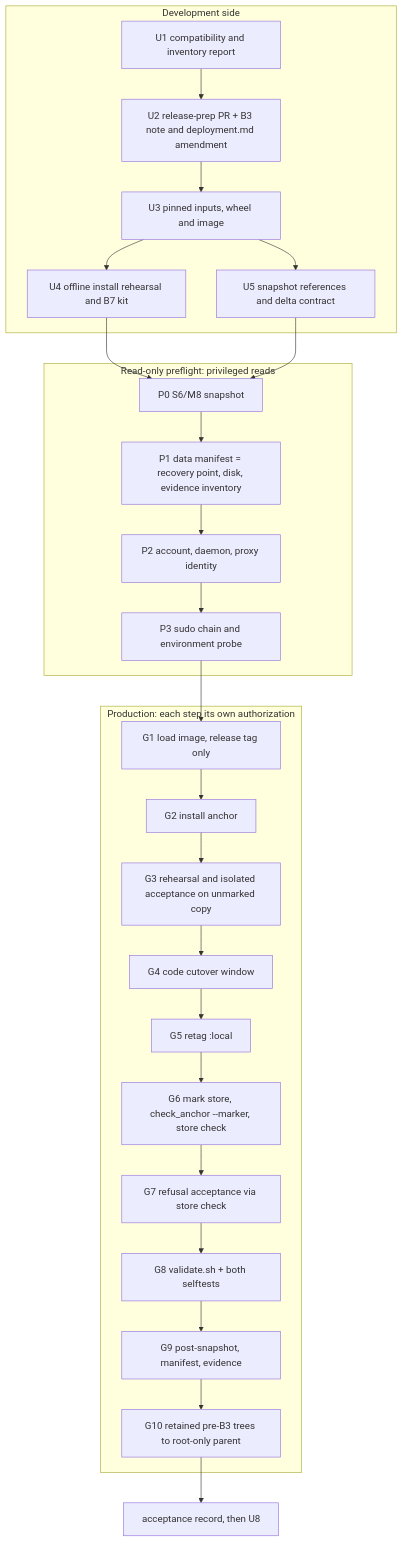
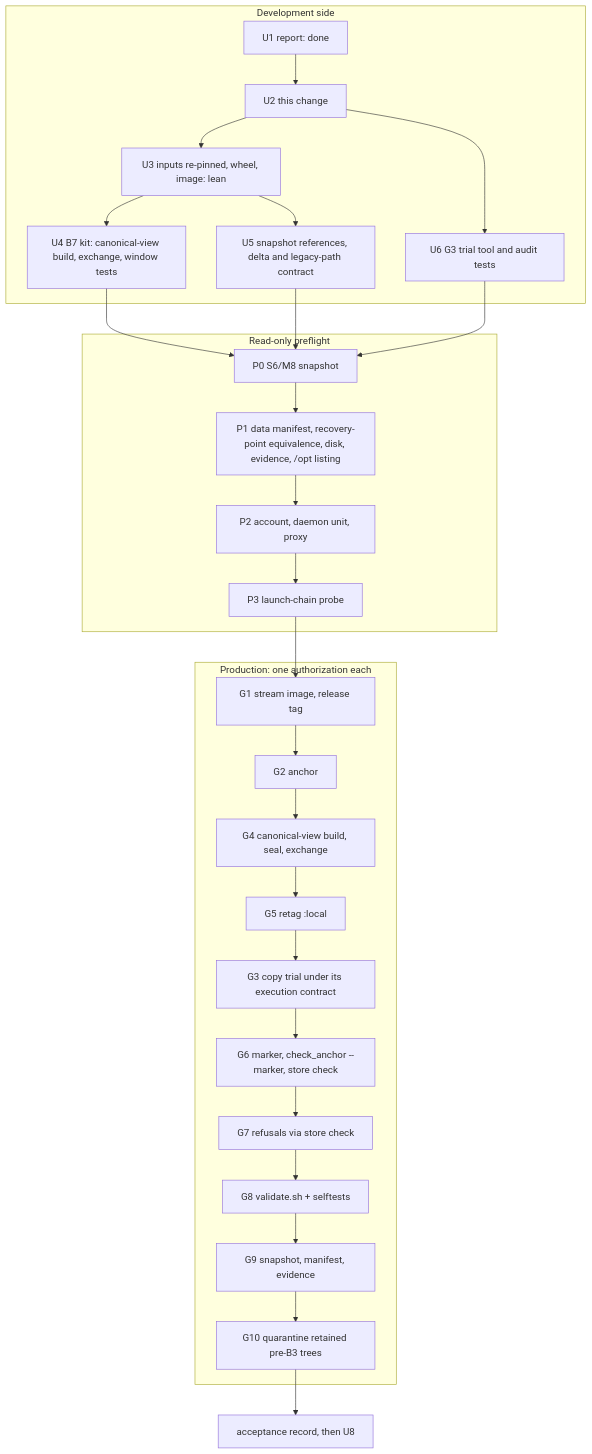
The diagram in docs/plans/2026-11-10-002-chore-b7-production-promotion-plan.md (riteshspisha/brand-abuse-sentinel), drawn with Mermaid before and after one commit. The commit also changed other lines of this file and 14 other files, not shown here.

````diff
--- a/docs/plans/2026-11-10-002-chore-b7-production-promotion-plan.md
+++ b/docs/plans/2026-11-10-002-chore-b7-production-promotion-plan.md
@@ -135,29 +182,31 @@
 ```mermaid
 flowchart TD
   subgraph DEV[Development side]
-    U1[U1 compatibility and inventory report] --> U2[U2 release-prep PR + B3 note and deployment.md amendment]
-    U2 --> U3[U3 pinned inputs, wheel and image]
-    U3 --> U4[U4 offline install rehearsal and B7 kit]
-    U3 --> U5[U5 snapshot references and delta contract]
+    U1[U1 report: done] --> U2[U2 this change]
+    U2 --> U3[U3 inputs re-pinned, wheel, image: lean]
+    U3 --> U4[U4 B7 kit: canonical-view build, exchange, window tests]
+    U3 --> U5[U5 snapshot references, delta and legacy-path contract]
+    U2 --> U6[U6 G3 trial tool and audit tests]
   end
-  subgraph PRE[Read-only preflight: privileged reads]
-    P0[P0 S6/M8 snapshot] --> P1[P1 data manifest = recovery point, disk, evidence inventory]
-    P1 --> P2[P2 account, daemon, proxy identity]
-    P2 --> P3[P3 sudo chain and environment probe]
+  subgraph PRE[Read-only preflight]
+    P0[P0 S6/M8 snapshot] --> P1[P1 data manifest, recovery-point equivalence, disk, evidence, /opt listing]
+    P1 --> P2[P2 account, daemon unit, proxy]
+    P2 --> P3[P3 launch-chain probe]
   end
   U4 --> P0
   U5 --> P0
-  subgraph PROD[Production: each step its own authorization]
-    G1[G1 load image, release tag only] --> G2[G2 install anchor]
-    G2 --> G3[G3 rehearsal and isolated acceptance on unmarked copy]
-    G3 --> G4[G4 code cutover window]
+  U6 --> P0
+  subgraph PROD[Production: one authorization each]
+    G1[G1 stream image, release tag] --> G2[G2 anchor]
+    G2 --> G4[G4 canonical-view build, seal, exchange]
     G4 --> G5[G5 retag :local]
-    G5 --> G6[G6 mark store, check_anchor --marker, store check]
-    G6 --> G7[G7 refusal acceptance via store check]
-    G7 --> G8[G8 validate.sh + both selftests]
-    G8 --> G9[G9 post-snapshot, manifest, evidence]
-    G9 --> G10[G10 retained pre-B3 trees to root-only parent]
+    G5 --> G3[G3 copy trial under its execution contract]
+    G3 --> G6[G6 marker, check_anchor --marker, store check]
+    G6 --> G7[G7 refusals via store check]
+    G7 --> G8[G8 validate.sh + selftests]
+    G8 --> G9[G9 snapshot, manifest, evidence]
+    G9 --> G10[G10 quarantine retained pre-B3 trees]
   end
   P3 --> G1
   G10 --> ACC[acceptance record, then U8]
 ```
````
